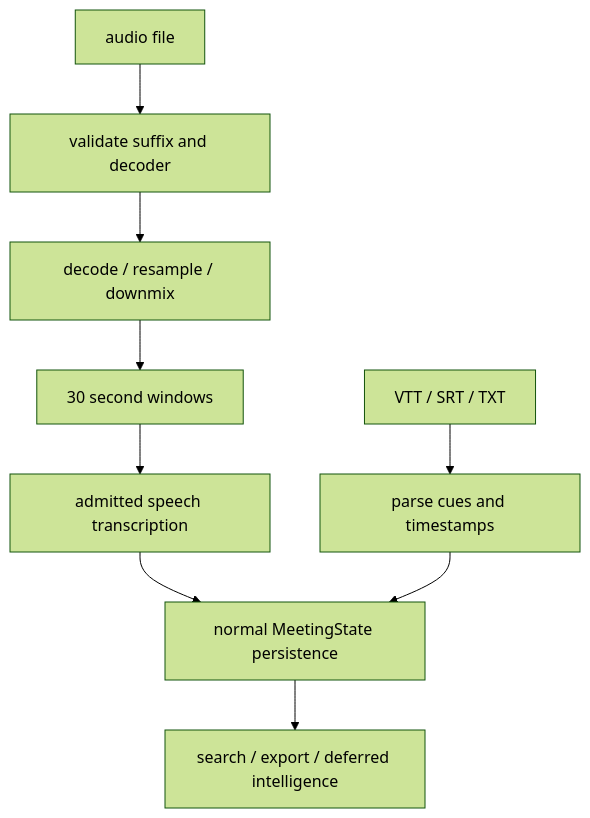
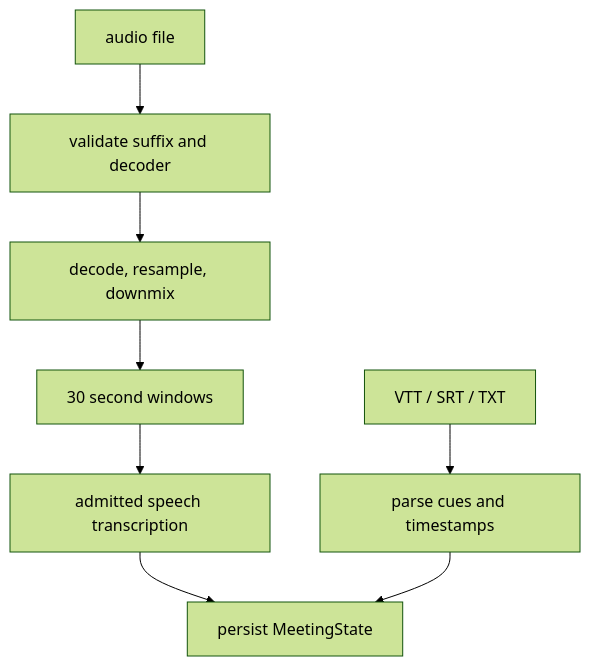
The fourth of 4 diagrams in docs/MEETING_ARCHITECTURE.md (karolswdev/HoldSpeak), drawn with Mermaid (forest theme) before and after one commit. The commit also changed other lines of this file and 66 other files, not shown here.

````diff
--- a/docs/MEETING_ARCHITECTURE.md
+++ b/docs/MEETING_ARCHITECTURE.md
@@ -59,11 +125,10 @@
 ```mermaid
 flowchart TD
     A[audio file] --> B[validate suffix and decoder]
-    B --> C[decode / resample / downmix]
+    B --> C[decode, resample, downmix]
     C --> D[30 second windows]
     D --> E[admitted speech transcription]
-    E --> F[normal MeetingState persistence]
+    E --> F[persist MeetingState]
     G[VTT / SRT / TXT] --> H[parse cues and timestamps]
     H --> F
-    F --> I[search / export / deferred intelligence]
 ```
````
